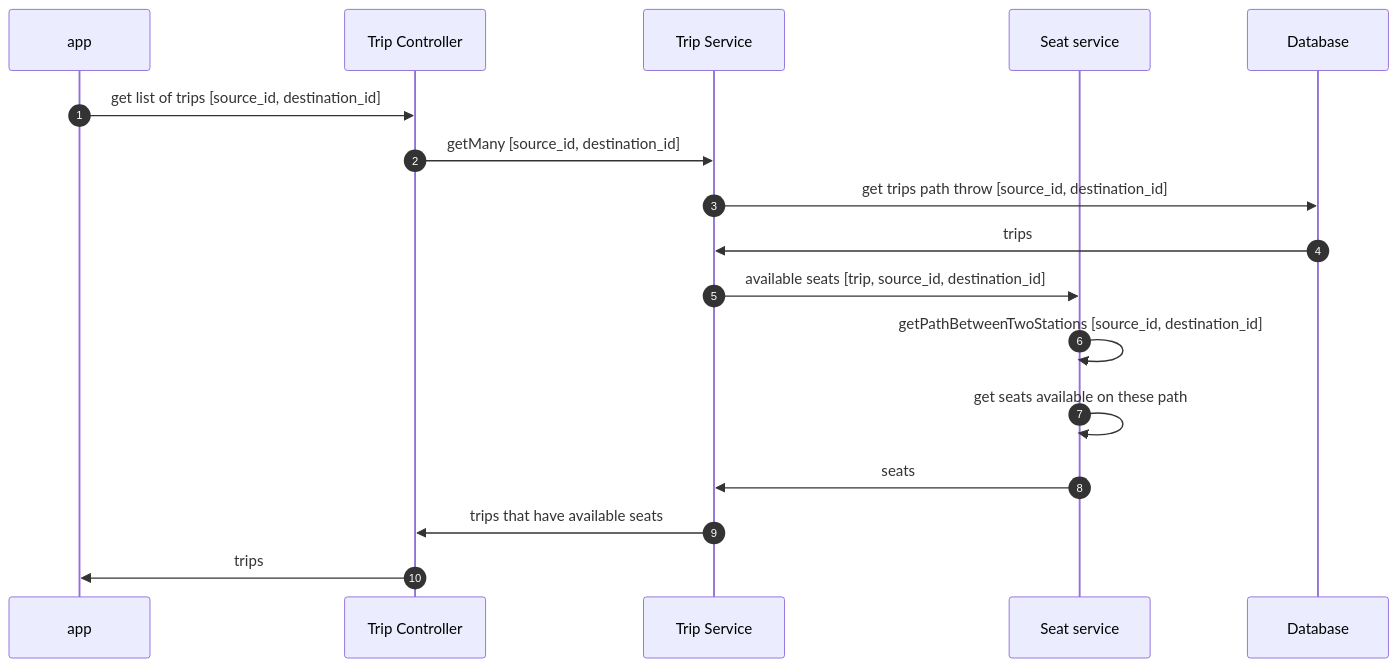
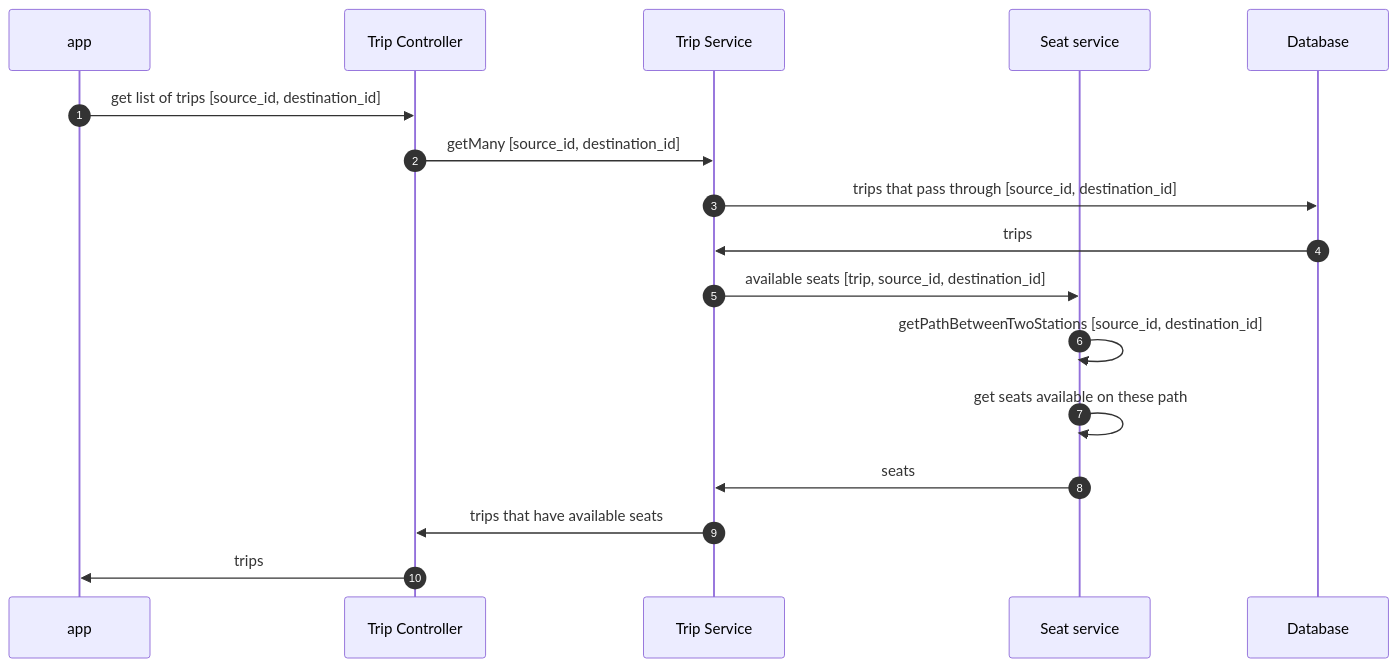
The third of 4 diagrams in README.md (ahmedsaeedsaid/bus-booking-system), drawn with Mermaid before and after one commit. The commit also changed other lines of this file and 10 other files, not shown here.

````diff
--- a/README.md
+++ b/README.md
@@ -86,19 +86,19 @@
 ```mermaid
 sequenceDiagram
     autonumber
     participant a as app
     participant tc as Trip Controller
     participant ts as Trip Service
     participant ss as Seat service
     participant db as Database
     a->>tc: get list of trips [source_id, destination_id]
     tc->>ts: getMany [source_id, destination_id]
-    ts->>db: get trips path throw [source_id, destination_id]
+    ts->>db: trips that pass through [source_id, destination_id]
     db->>ts: trips
     ts->>ss: available seats [trip, source_id, destination_id]
     ss->>ss: getPathBetweenTwoStations [source_id, destination_id]
     ss->>ss: get seats available on these path
     ss->>ts: seats
     ts->>tc: trips that have available seats
     tc->>a: trips
 ```
````
